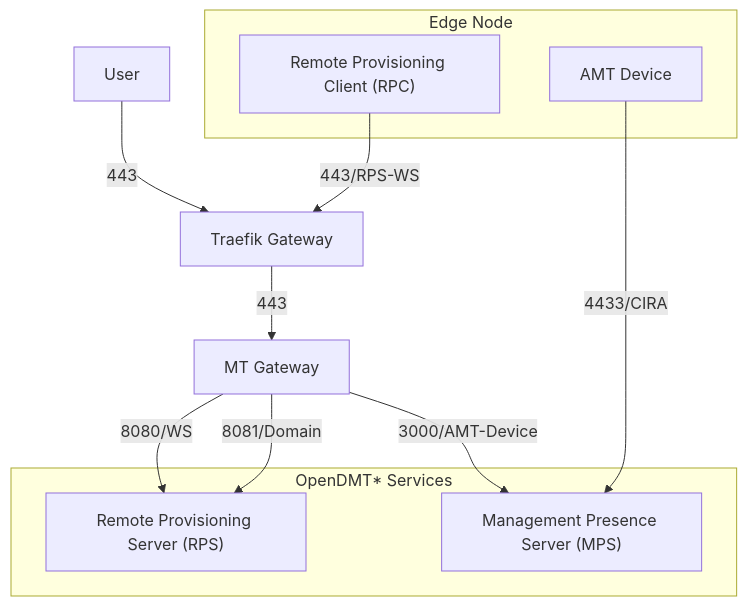
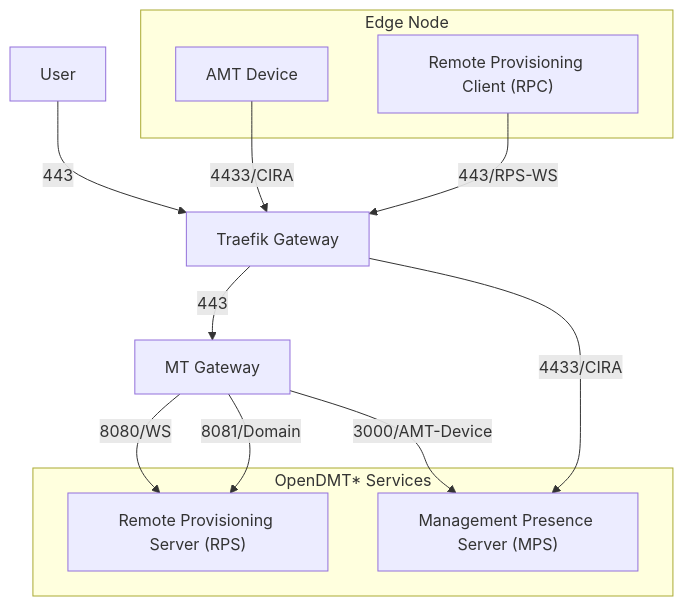
One commit to open-edge-platform/edge-manageability-framework changed the first of 2 diagrams in design-proposals/vpro-opendmt.md. Above: the diagram before and after it, drawn with Mermaid. The commit also changed other lines of this file, not shown here.

Commit message:
docs: update vPro 4422/CIRA traffic to flow through Traefik

````diff
--- a/design-proposals/vpro-opendmt.md
+++ b/design-proposals/vpro-opendmt.md
@@ -31,26 +31,27 @@
 ```mermaid
 graph TD
     %% Traefik Gateway - Middle Level
     Traefik["Traefik Gateway"]
     %% MT-Gateway - Middle Level
     MTGW["MT Gateway"]
     %% OpenDMT* Services Box - Middle Section
     subgraph "OpenDMT* Services"
         RPS["Remote Provisioning Server (RPS)"]
         MPS["Management Presence Server (MPS)"]
     end
     %% Connections
     %% Edge Node - Bottom Level
     subgraph "Edge Node"
         RPC["Remote Provisioning Client (RPC)"]
         AMT["AMT Device"]
     end
     %% Connections
     RPC -->|443/RPS-WS| Traefik
-    AMT -->|4433/CIRA| MPS
+    AMT -->|4433/CIRA| Traefik
     User -->|443| Traefik
     Traefik -->|443| MTGW
+    Traefik -->|4433/CIRA| MPS
     MTGW -->|3000/AMT-Device|MPS
     MTGW -->|8081/Domain|RPS
     MTGW -->|8080/WS|RPS
 ```
````
